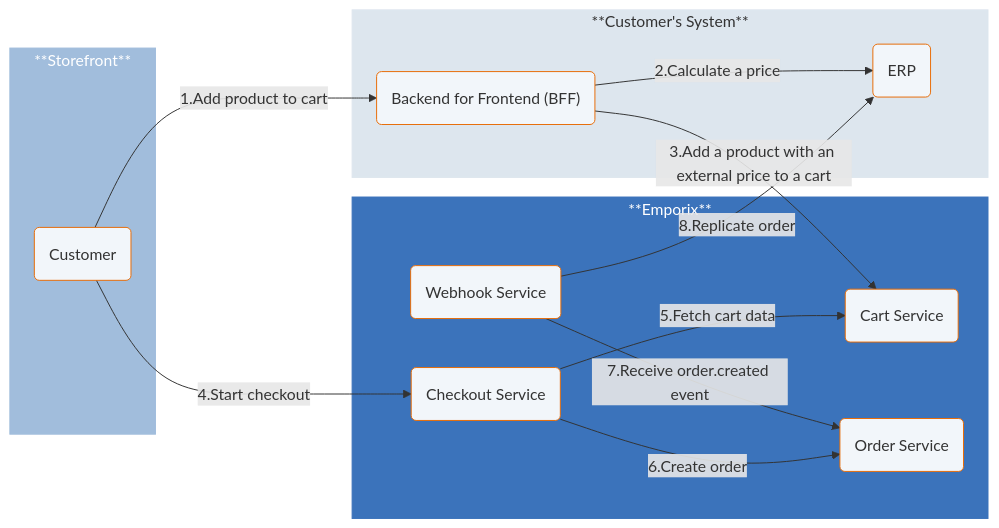
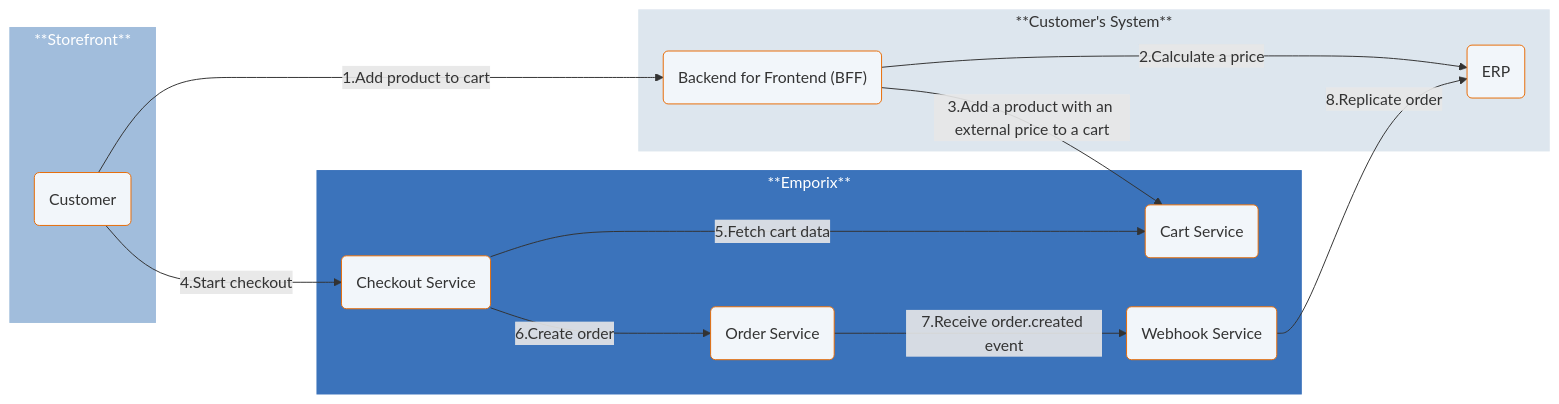
The second of 3 diagrams in orders/order/order.md (emporix/api-references), drawn with Mermaid before and after one commit. The commit also changed other lines of this file and 3 other files, not shown here.

Commit message:
COP-3102 Diagram update

````diff
--- a/orders/order/order.md
+++ b/orders/order/order.md
@@ -100,53 +100,53 @@
 ```mermaid
 ---
 config:
   layout: fixed
   theme: default
   look: classic
 ---
 flowchart LR
  subgraph subGraph0["**Storefront**"]
         A["Customer"]
   end
  subgraph subGraph1["**Emporix**"]
         CS["Cart Service"]
         CHK["Checkout Service"]
         OS["Order Service"]
         WS["Webhook Service"]
   end
  subgraph subGraph2["**Customer's System**"]
         BFF["Backend for Frontend (BFF)"]
         ERP["ERP"]
   end
     A -- "1.Add product to cart" --> BFF
     BFF -- "2.Calculate a price" --> ERP
     BFF -- "3.Add a product with an external price to a cart" --> CS
     A -- "4.Start checkout" --> CHK
     CHK -- "5.Fetch cart data" --> CS
     CHK -- "6.Create order" --> OS
-    WS -- "7.Receive order.created event" --> OS
+    OS -- "7.Receive order.created event" --> WS
     WS -- "8.Replicate order" --> ERP
     A@{ shape: rounded}
     CS@{ shape: rounded}
     CHK@{ shape: rounded}
     OS@{ shape: rounded}
     WS@{ shape: rounded}
     BFF@{ shape: rounded}
     ERP@{ shape: rounded}
      A:::Class_04
      CS:::Class_04
      CHK:::Class_04
      OS:::Class_04
      WS:::Class_04
      BFF:::Class_04
      ERP:::Class_04
      subGraph1:::Class_03
      subGraph0:::Class_01
      subGraph2:::Class_02
     classDef Class_02 stroke-width:1px, stroke-dasharray: 0, stroke:#DDE6EE, fill:#DDE6EE
     classDef Class_01 stroke-width:1px, stroke-dasharray: 0, stroke:#A1BDDC, fill:#A1BDDC
     classDef Class_03 stroke-width:1px, stroke-dasharray: 0, stroke:#3b73bb, fill:#3b73bb
     classDef Class_04 fill:#F2F6FA, stroke:#E86C07
     style subGraph1 color:#FFFFFF
     style subGraph0 color:#FFFFFF
 ```
````
